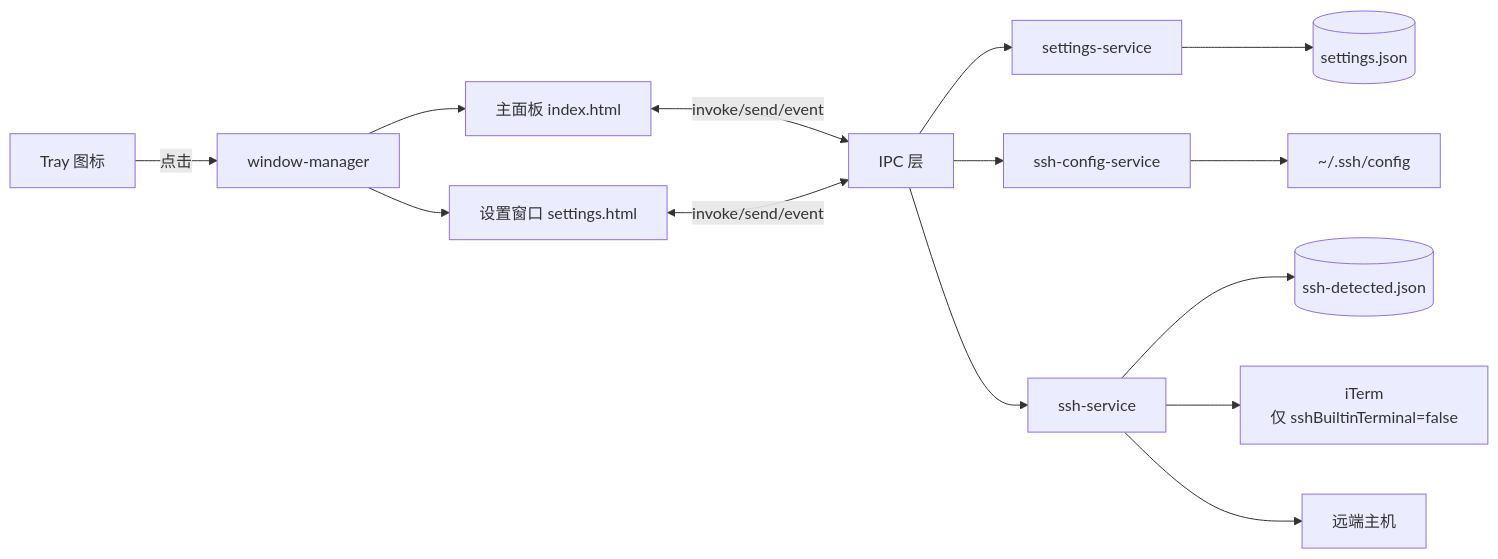
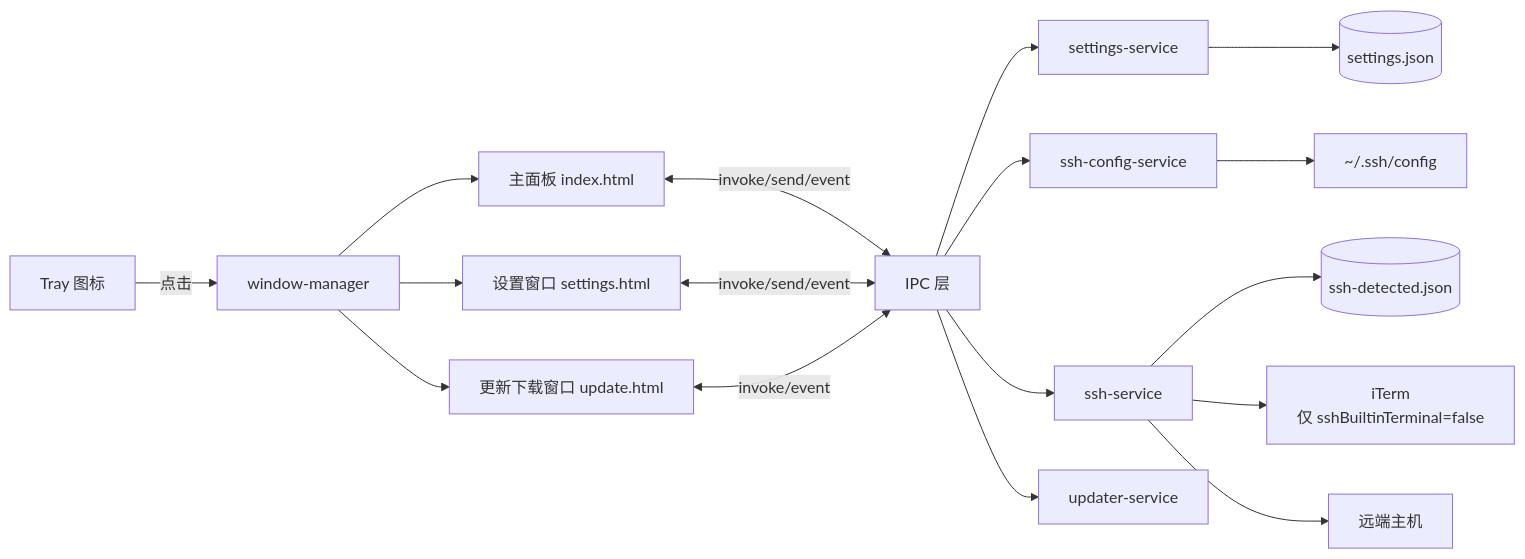
The first of 6 diagrams in docs/PRD.md (o8x/ships), drawn with Mermaid before and after one commit. The commit also changed other lines of this file and 10 other files, not shown here.

````diff
--- a/docs/PRD.md
+++ b/docs/PRD.md
@@ -429,16 +436,19 @@
 ```mermaid
 flowchart LR
   Tray[Tray 图标] -->|点击| WM[window-manager]
   WM --> Main[主面板 index.html]
   WM --> Settings[设置窗口 settings.html]
+  WM --> Update[更新下载窗口 update.html]
   Main <-->|invoke/send/event| IPC[IPC 层]
   Settings <-->|invoke/send/event| IPC
+  Update <-->|invoke/event| IPC
   IPC --> SvcSettings[settings-service]
   IPC --> SvcSshConfig[ssh-config-service]
   IPC --> SvcSsh[ssh-service]
+  IPC --> SvcUpdater[updater-service]
   SvcSettings --> F1[(settings.json)]
   SvcSshConfig --> F2[~/.ssh/config]
   SvcSsh --> F3[(ssh-detected.json)]
   SvcSsh --> Iterm[iTerm<br/>仅 sshBuiltinTerminal=false]
   SvcSsh --> Remote[远端主机]
 ```
````
